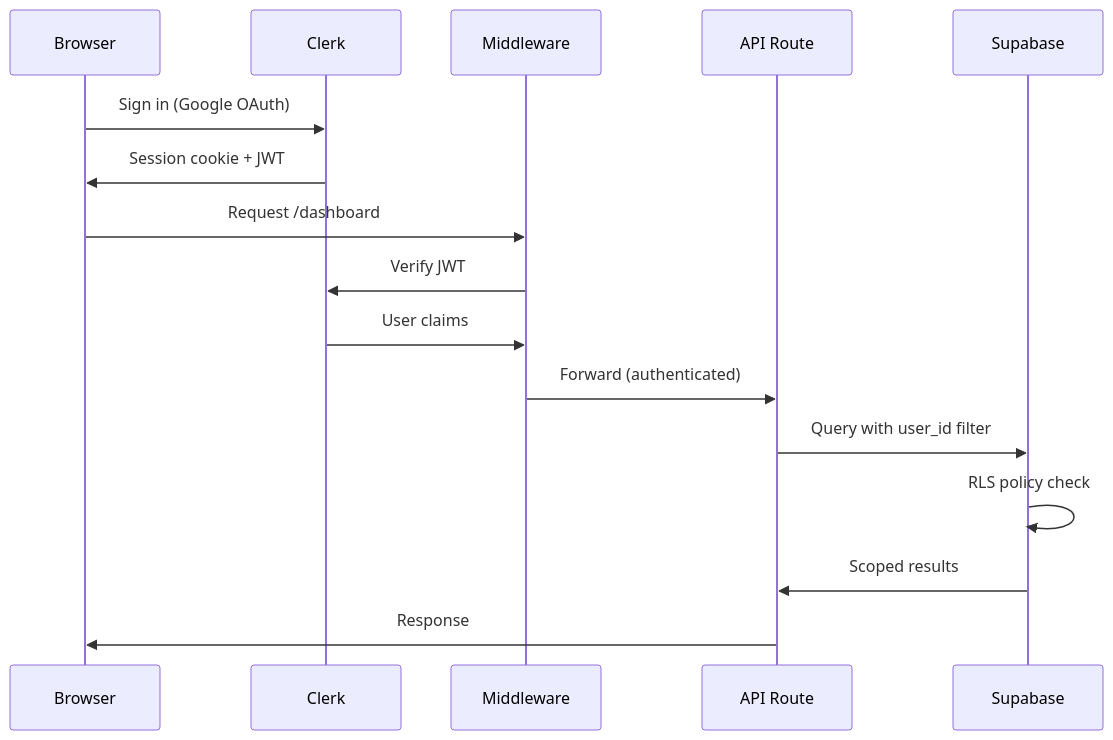
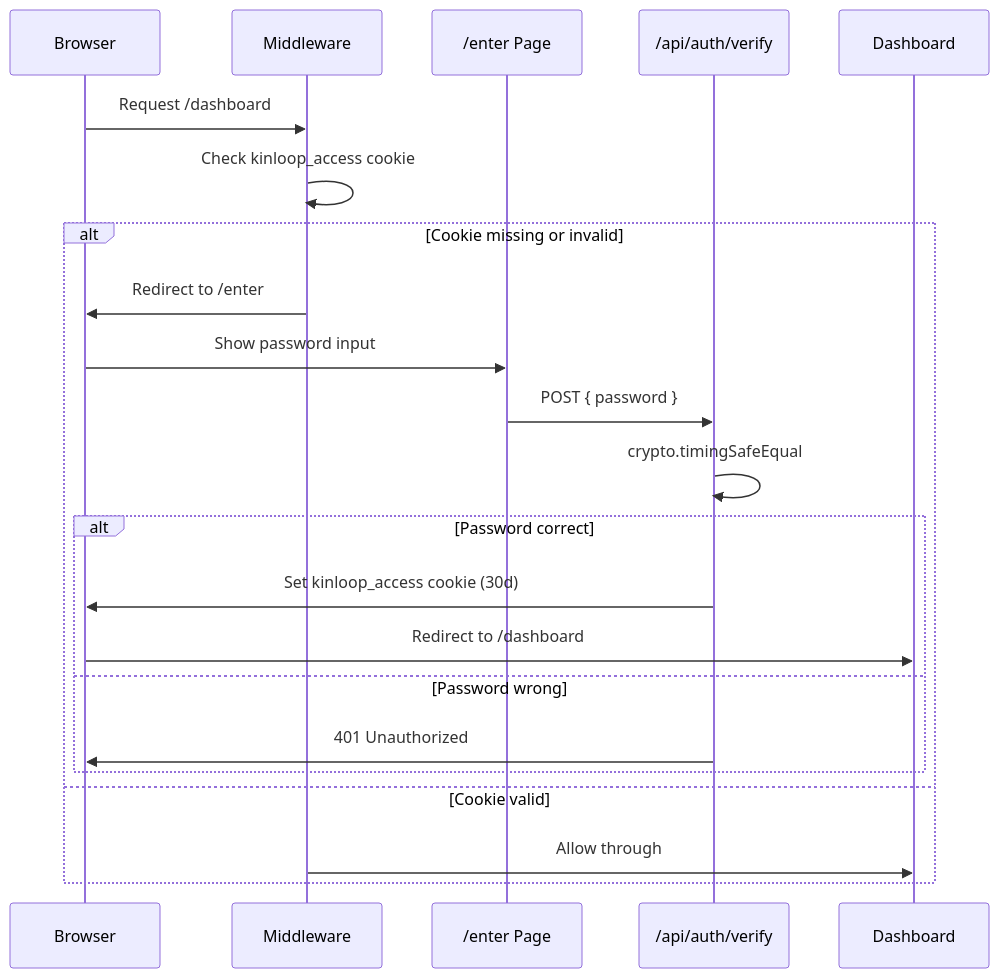
One commit to dada5531/kinloop changed the fifth of 5 diagrams in ARCHITECTURE.md. Above: the diagram before and after it, drawn with Mermaid. The commit also changed other lines of this file and 4 other files, not shown here.

````diff
--- a/ARCHITECTURE.md
+++ b/ARCHITECTURE.md
@@ -231,19 +360,25 @@
 ```mermaid
 sequenceDiagram
     participant B as Browser
-    participant CL as Clerk
     participant MW as Middleware
-    participant API as API Route
-    participant SB as Supabase
+    participant EN as /enter Page
+    participant API as /api/auth/verify
+    participant DA as Dashboard
 
-    B->>CL: Sign in (Google OAuth)
-    CL->>B: Session cookie + JWT
     B->>MW: Request /dashboard
-    MW->>CL: Verify JWT
-    CL->>MW: User claims
-    MW->>API: Forward (authenticated)
-    API->>SB: Query with user_id filter
-    SB->>SB: RLS policy check
-    SB->>API: Scoped results
-    API->>B: Response
+    MW->>MW: Check kinloop_access cookie
+    alt Cookie missing or invalid
+        MW->>B: Redirect to /enter
+        B->>EN: Show password input
+        EN->>API: POST { password }
+        API->>API: crypto.timingSafeEqual
+        alt Password correct
+            API->>B: Set kinloop_access cookie (30d)
+            B->>DA: Redirect to /dashboard
+        else Password wrong
+            API->>B: 401 Unauthorized
+        end
+    else Cookie valid
+        MW->>DA: Allow through
+    end
 ```
````
